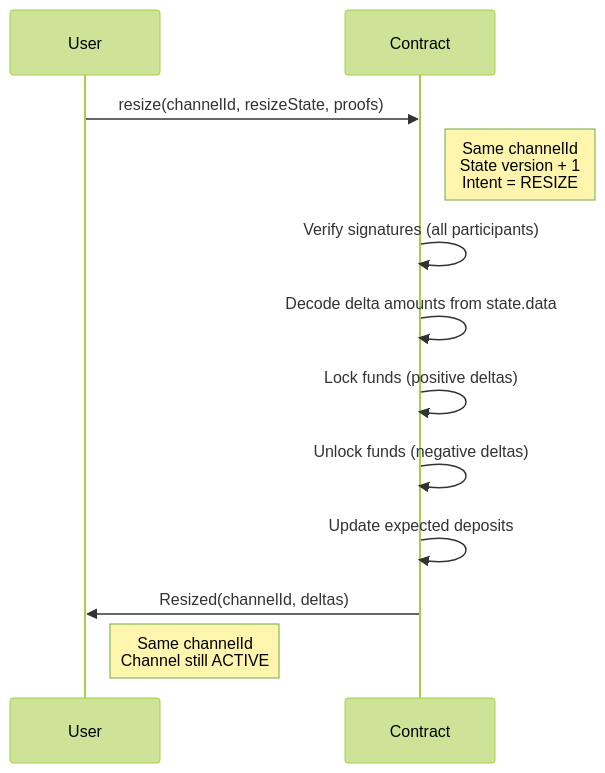
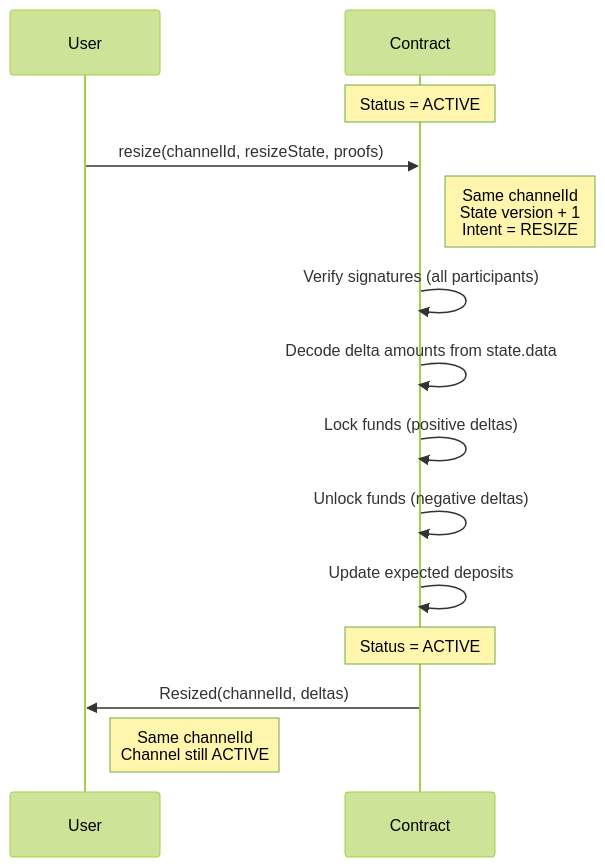
One commit to layer-3/docs changed the ninth of 10 diagrams in docs/protocol/on-chain/channel-lifecycle.mdx. Above: the diagram before and after it, drawn with Mermaid (forest theme). The commit also changed other lines of this file and 3 other files, not shown here.

````diff
--- a/docs/protocol/on-chain/channel-lifecycle.mdx
+++ b/docs/protocol/on-chain/channel-lifecycle.mdx
@@ -313,15 +355,17 @@
 ```mermaid
 sequenceDiagram
     participant User
     participant Contract
     
+    Note over Contract: Status = ACTIVE
     User->>Contract: resize(channelId, resizeState, proofs)
     Note right of Contract: Same channelId<br/>State version + 1<br/>Intent = RESIZE
     Contract->>Contract: Verify signatures (all participants)
     Contract->>Contract: Decode delta amounts from state.data
     Contract->>Contract: Lock funds (positive deltas)
     Contract->>Contract: Unlock funds (negative deltas)
     Contract->>Contract: Update expected deposits
+    Note over Contract: Status = ACTIVE
     Contract->>User: Resized(channelId, deltas)
     Note right of User: Same channelId<br/>Channel still ACTIVE
 ```
````
